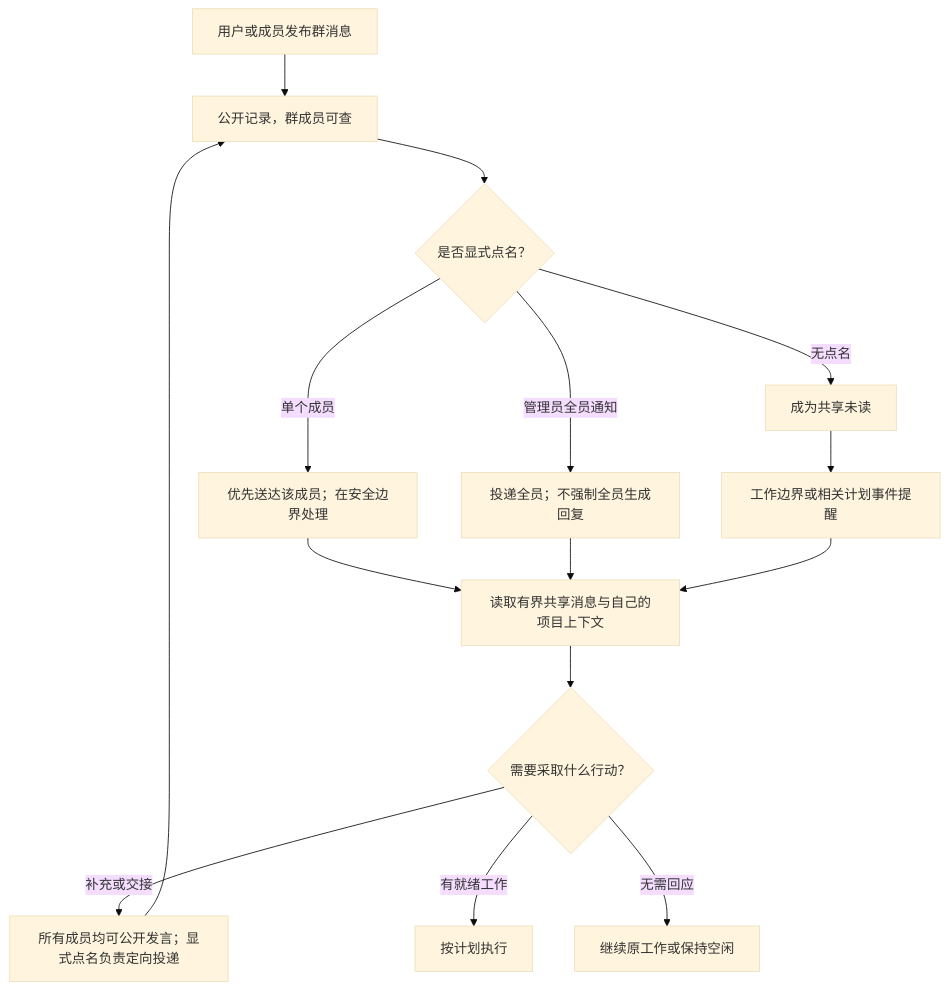
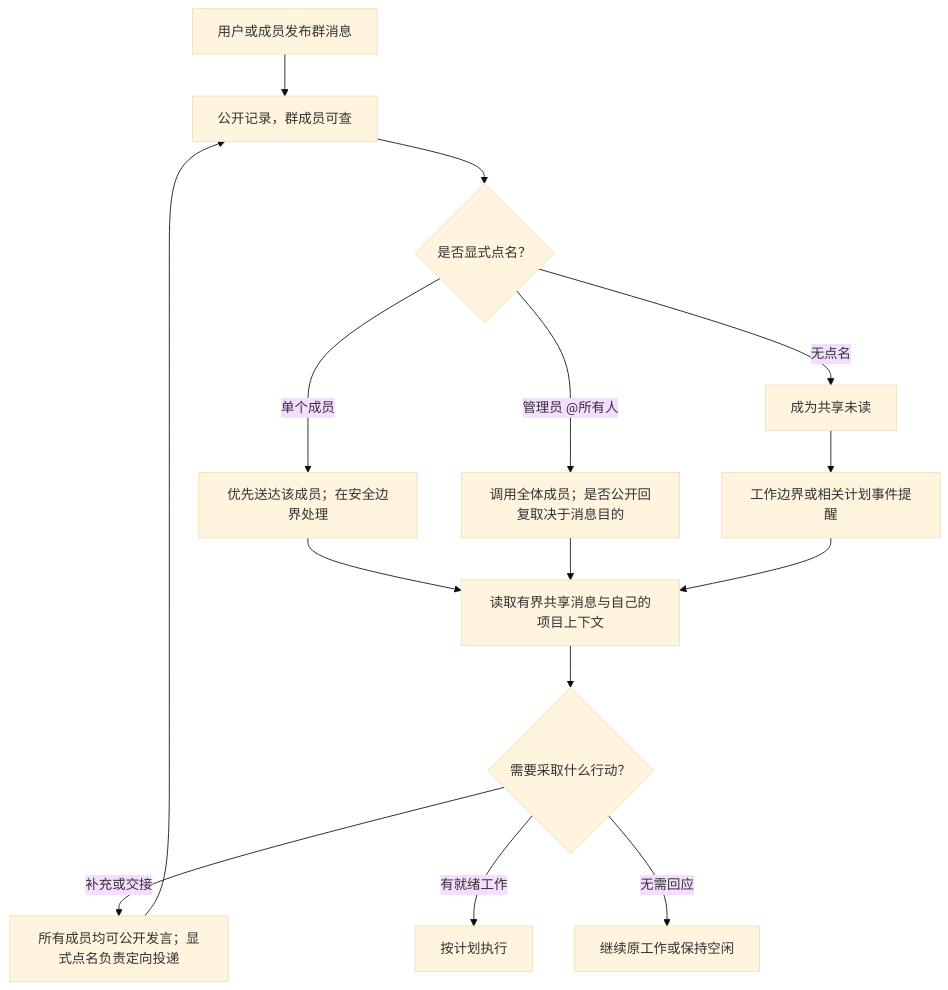
The third of 5 diagrams in docs/design/noema-core-flows.md (Noema-Harness/noema-agent), drawn with Mermaid (base theme) before and after one commit. The commit also changed other lines of this file and 3 other files, not shown here.

````diff
--- a/docs/design/noema-core-flows.md
+++ b/docs/design/noema-core-flows.md
@@ -84,17 +84,17 @@
 ```mermaid
 flowchart TD
     MSG_IN["用户或成员发布群消息"] --> MSG_PUBLIC["公开记录，群成员可查"]
     MSG_PUBLIC --> MSG_MENTION{"是否显式点名？"}
     MSG_MENTION -->|"单个成员"| MSG_DIRECT["优先送达该成员；在安全边界处理"]
-    MSG_MENTION -->|"管理员全员通知"| MSG_ALL["投递全员；不强制全员生成回复"]
+    MSG_MENTION -->|"管理员 @所有人"| MSG_ALL["调用全体成员；是否公开回复取决于消息目的"]
     MSG_MENTION -->|"无点名"| MSG_UNREAD["成为共享未读"]
     MSG_UNREAD --> MSG_SAFE["工作边界或相关计划事件提醒"]
     MSG_DIRECT --> MSG_READ["读取有界共享消息与自己的项目上下文"]
     MSG_ALL --> MSG_READ
     MSG_SAFE --> MSG_READ
     MSG_READ --> MSG_ACTION{"需要采取什么行动？"}
     MSG_ACTION -->|"补充或交接"| MSG_SEND["所有成员均可公开发言；显式点名负责定向投递"]
     MSG_SEND --> MSG_PUBLIC
     MSG_ACTION -->|"有就绪工作"| MSG_EXEC["按计划执行"]
     MSG_ACTION -->|"无需回应"| MSG_QUIET["继续原工作或保持空闲"]
 ```
````
